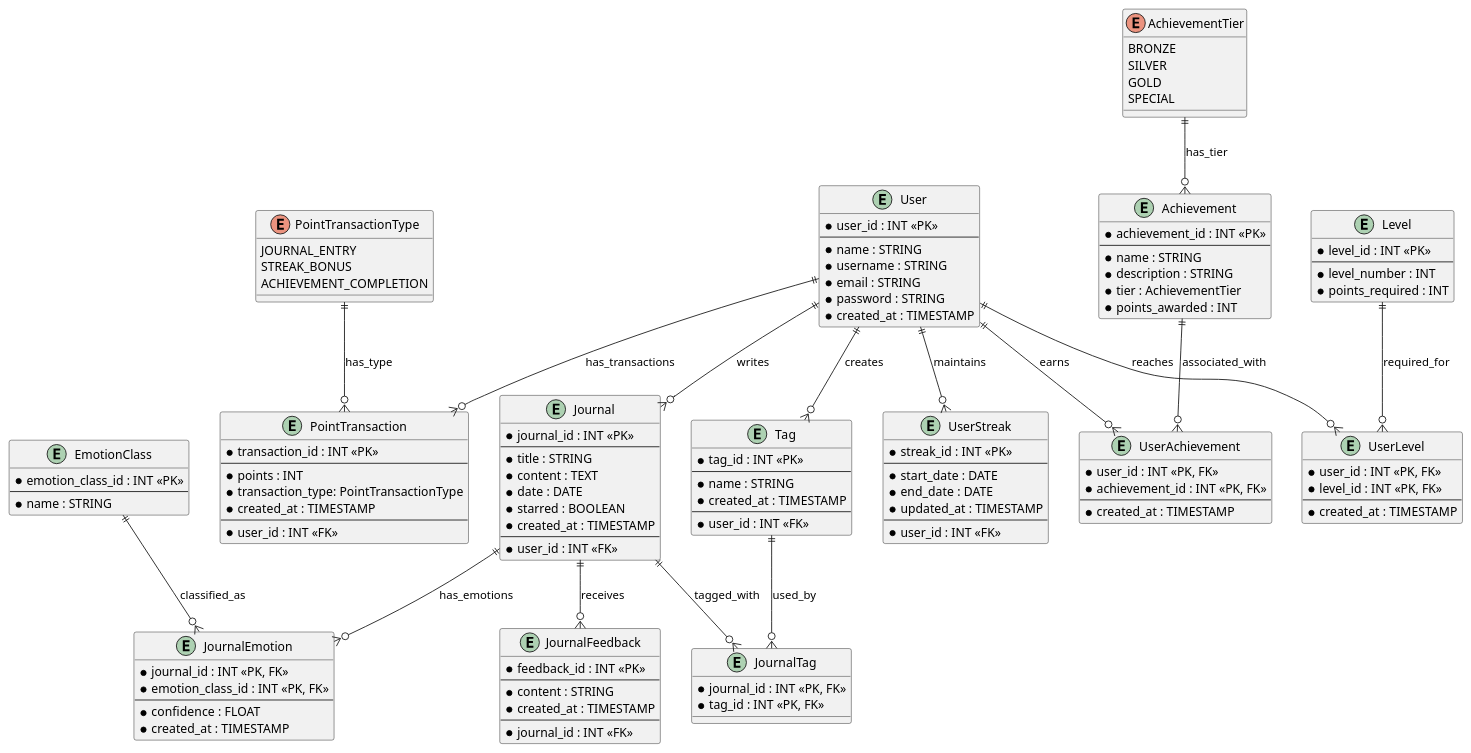
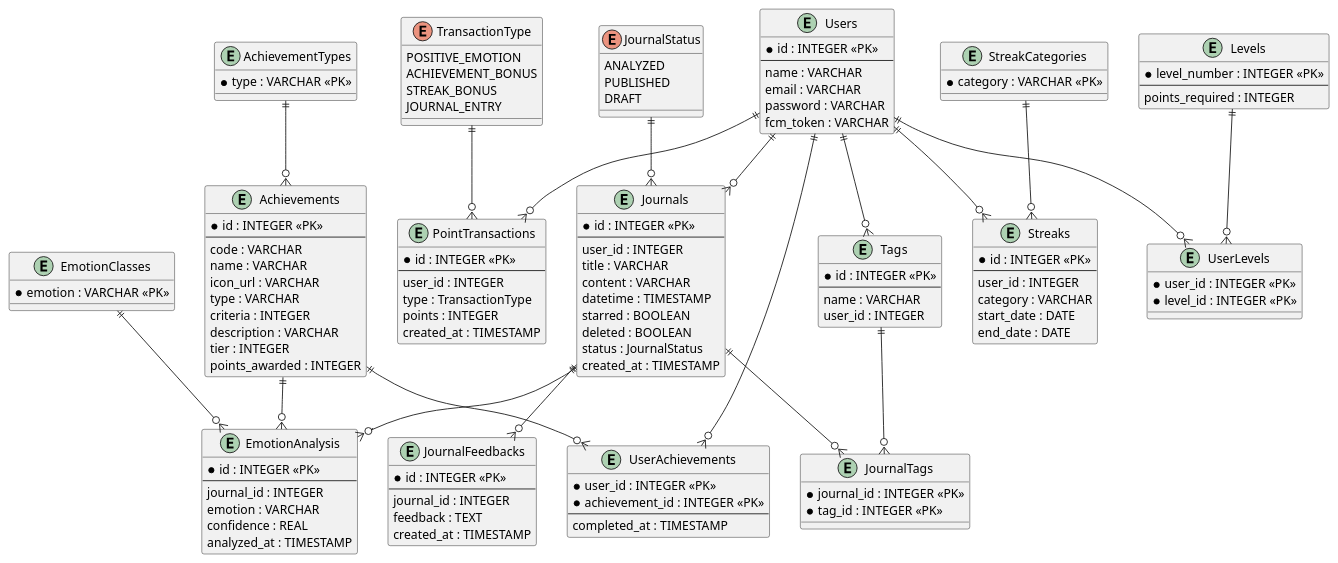
Before and after one commit to memotions/backend-service: the diagram in docs/diagrams/er-diagram.puml, drawn with PlantUML. The commit also changed 3 other files, not shown here.

```diff
--- a/docs/diagrams/er-diagram.puml
+++ b/docs/diagrams/er-diagram.puml
@@ -1,141 +1,154 @@
-@startuml Memotions ERD
+@startuml Memotions ER Diagram
 
-entity User {
-    * user_id : INT <<PK>>
-    --
-    * name : STRING
-    * username : STRING
-    * email : STRING
-    * password : STRING
-    * created_at : TIMESTAMP
+enum JournalStatus {
+  ANALYZED
+  PUBLISHED
+  DRAFT
 }
 
-entity Journal {
-    * journal_id : INT <<PK>>
-    --
-    * title : STRING
-    * content : TEXT
-    * date : DATE
-    * starred : BOOLEAN
-    * created_at : TIMESTAMP
-    --
-    * user_id : INT <<FK>>
+enum TransactionType {
+  POSITIVE_EMOTION
+  ACHIEVEMENT_BONUS
+  STREAK_BONUS
+  JOURNAL_ENTRY
 }
 
-entity Tag {
-    * tag_id : INT <<PK>>   
-    --
-    * name : STRING
-    * created_at : TIMESTAMP
-    --
-    * user_id : INT <<FK>>
+entity AchievementTypes {
+    * type : VARCHAR <<PK>>
 }
 
-entity JournalTag {
-    * journal_id : INT <<PK, FK>>
-    * tag_id : INT <<PK, FK>>
+entity Achievements {
+    * id : INTEGER <<PK>>
+    --
+    code : VARCHAR
+    name : VARCHAR
+    icon_url : VARCHAR
+    type : VARCHAR
+    criteria : INTEGER
+    description : VARCHAR
+    tier : INTEGER
+    points_awarded : INTEGER
 }
 
-entity EmotionClass {
-    * emotion_class_id : INT <<PK>>
+entity EmotionAnalysis {
+    * id : INTEGER <<PK>>
     --
-    * name : STRING
+    journal_id : INTEGER
+    emotion : VARCHAR
+    confidence : REAL
+    analyzed_at : TIMESTAMP
 }
 
-entity JournalEmotion {
-    * journal_id : INT <<PK, FK>>
-    * emotion_class_id : INT <<PK, FK>>
-    --
-    * confidence : FLOAT
-    * created_at : TIMESTAMP
+entity EmotionClasses {
+    * emotion : VARCHAR <<PK>>
 }
 
-entity JournalFeedback {
-    * feedback_id : INT <<PK>>
+entity JournalFeedbacks {
+    * id : INTEGER <<PK>>
     --
-    * content : STRING
-    * created_at : TIMESTAMP
-    --
-    * journal_id : INT <<FK>>
+    journal_id : INTEGER
+    feedback : TEXT
+    created_at : TIMESTAMP
 }
 
-entity Achievement {
-    * achievement_id : INT <<PK>>
-    --
-    * name : STRING
-    * description : STRING
-    * tier : AchievementTier
-    * points_awarded : INT 
+entity JournalTags {
+    * journal_id : INTEGER <<PK>>
+    * tag_id : INTEGER <<PK>>
 }
 
-enum AchievementTier {
-    BRONZE
-    SILVER
-    GOLD
-    SPECIAL
+entity Journals {
+    * id : INTEGER <<PK>>
+    --
+    user_id : INTEGER
+    title : VARCHAR
+    content : VARCHAR
+    datetime : TIMESTAMP
+    starred : BOOLEAN
+    deleted : BOOLEAN
+    status : JournalStatus
+    created_at : TIMESTAMP
 }
 
-entity UserAchievement {
-    * user_id : INT <<PK, FK>>
-    * achievement_id : INT <<PK, FK>>
+entity Levels {
+    * level_number : INTEGER <<PK>>
     --
-    * created_at : TIMESTAMP
+    points_required : INTEGER
 }
 
-entity UserStreak {
-    * streak_id : INT <<PK>>
+entity PointTransactions {
+    * id : INTEGER <<PK>>
     --
-    * start_date : DATE
-    * end_date : DATE
-    * updated_at : TIMESTAMP
-    --
-    * user_id : INT <<FK>>
+    user_id : INTEGER
+    type : TransactionType
+    points : INTEGER
+    created_at : TIMESTAMP
 }
 
-entity PointTransaction {
-    * transaction_id : INT <<PK>>
-    --
-    * points : INT
-    * transaction_type: PointTransactionType
-    * created_at : TIMESTAMP
-    --
-    * user_id : INT <<FK>>
+entity StreakCategories {
+    * category : VARCHAR <<PK>>
 }
 
-enum PointTransactionType {
-    JOURNAL_ENTRY
-    STREAK_BONUS
-    ACHIEVEMENT_COMPLETION
+entity Streaks {
+    * id : INTEGER <<PK>>
+    --
+    user_id : INTEGER
+    category : VARCHAR
+    start_date : DATE
+    end_date : DATE
 }
 
-entity Level {
-    * level_id : INT <<PK>>
+entity Tags {
+    * id : INTEGER <<PK>>
     --
-    * level_number : INT
-    * points_required : INT
+    name : VARCHAR
+    user_id : INTEGER
 }
 
-entity UserLevel {
-    * user_id : INT <<PK, FK>>
-    * level_id : INT <<PK, FK>>
+entity UserAchievements {
+    * user_id : INTEGER <<PK>>
+    * achievement_id : INTEGER <<PK>>
     --
-    * created_at : TIMESTAMP
+    completed_at : TIMESTAMP
 }
 
-User ||--o{ Journal : writes
-User ||--o{ Tag : creates
-Journal ||--o{ JournalTag : tagged_with
-Tag ||--o{ JournalTag : used_by
-Journal ||--o{ JournalEmotion : has_emotions
-EmotionClass ||--o{ JournalEmotion : classified_as
-Journal ||--o{ JournalFeedback : receives
-User ||--o{ UserAchievement : earns
-Achievement ||--o{ UserAchievement : associated_with
-AchievementTier ||--o{ Achievement : has_tier
-User ||--o{ UserStreak : maintains
-User ||--o{ PointTransaction : has_transactions
-PointTransactionType ||--o{ PointTransaction : has_type
-Level ||--o{ UserLevel : required_for
-User ||--o{ UserLevel : reaches
+entity UserLevels {
+    * user_id : INTEGER <<PK>>
+    * level_id : INTEGER <<PK>>
+}
+
+entity Users {
+    * id : INTEGER <<PK>>
+    --
+    name : VARCHAR
+    email : VARCHAR
+    password : VARCHAR
+    fcm_token : VARCHAR
+}
+
+AchievementTypes ||--o{ Achievements
+Achievements ||--o{ UserAchievements
+Achievements ||--o{ EmotionAnalysis
+
+EmotionClasses ||--o{ EmotionAnalysis
+
+Journals ||--o{ JournalFeedbacks
+Journals ||--o{ JournalTags
+Journals ||--o{ EmotionAnalysis
+
+Tags ||--o{ JournalTags
+
+Users ||--o{ Journals
+Users ||--o{ Tags
+Users ||--o{ PointTransactions
+Users ||--o{ Streaks
+Users ||--o{ UserAchievements
+Users ||--o{ UserLevels
+
+Levels ||--o{ UserLevels
+
+StreakCategories ||--o{ Streaks
+
+JournalStatus ||--o{ Journals
+TransactionType ||--o{ PointTransactions
 
 @enduml
```
